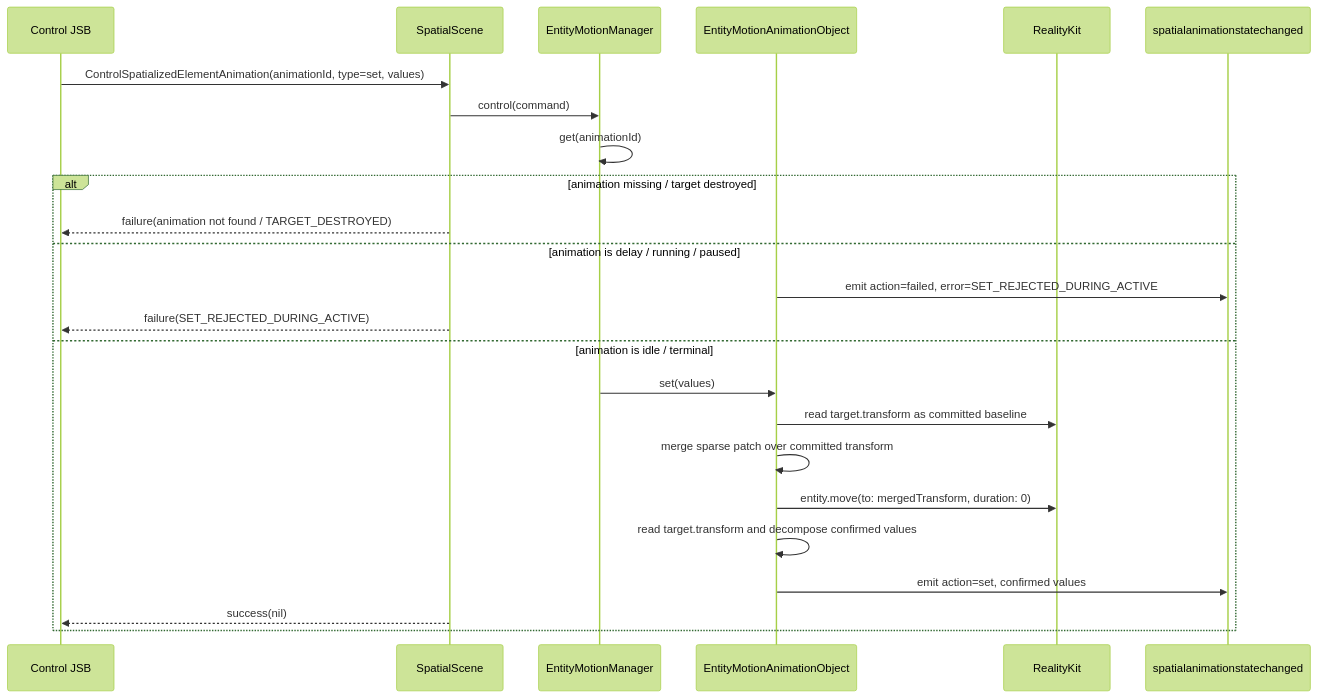
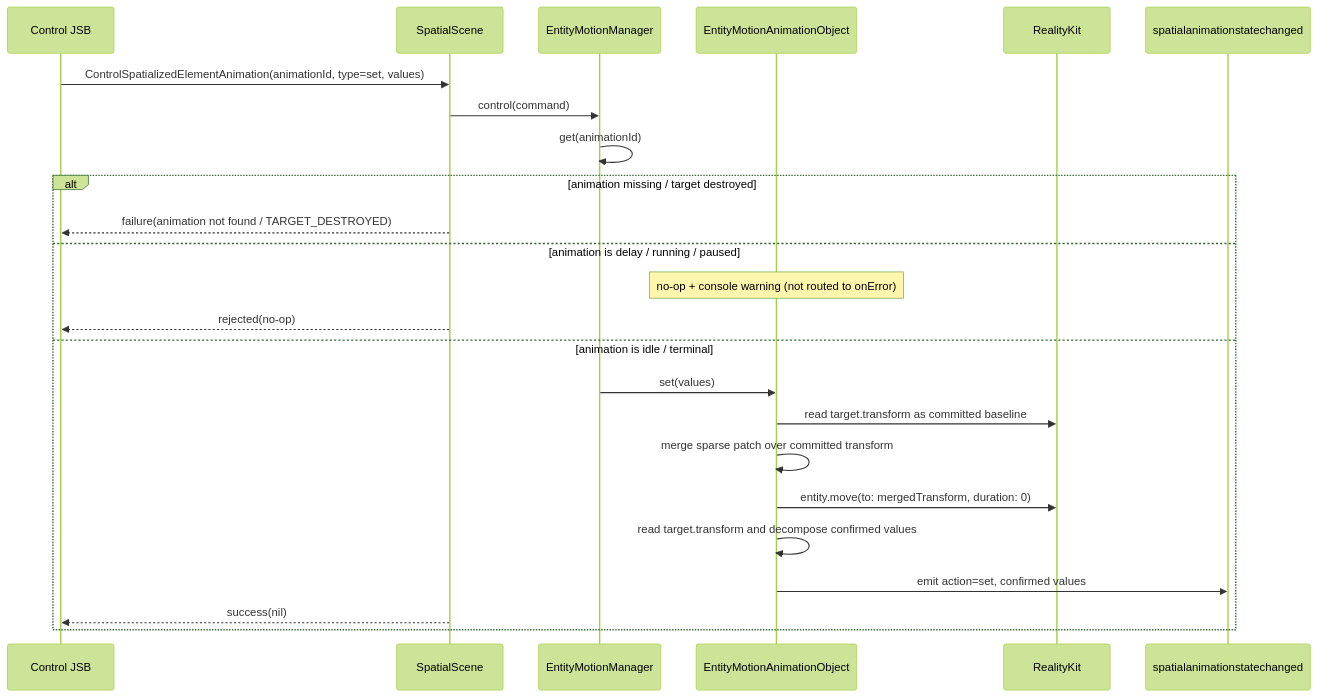
Before and after one commit to webspatial/webspatial-sdk: diagram 11 of 11 in openspec/changes/redesign-entity-motion-api/design.md, drawn with Mermaid (forest theme). The commit also changed other lines of this file and 10 other files, not shown here.

````diff
--- a/openspec/changes/redesign-entity-motion-api/design.md
+++ b/openspec/changes/redesign-entity-motion-api/design.md
@@ -788,27 +786,27 @@
 ```mermaid
 sequenceDiagram
     participant JSB as Control JSB
     participant Scene as SpatialScene
     participant Manager as EntityMotionManager
     participant Obj as EntityMotionAnimationObject
     participant RK as RealityKit
     participant Event as spatialanimationstatechanged
 
     JSB->>Scene: ControlSpatializedElementAnimation(animationId, type=set, values)
     Scene->>Manager: control(command)
     Manager->>Manager: get(animationId)
     alt animation missing / target destroyed
         Scene-->>JSB: failure(animation not found / TARGET_DESTROYED)
     else animation is delay / running / paused
-        Obj->>Event: emit action=failed, error=SET_REJECTED_DURING_ACTIVE
-        Scene-->>JSB: failure(SET_REJECTED_DURING_ACTIVE)
+        Note over Obj: no-op + console warning (not routed to onError)
+        Scene-->>JSB: rejected(no-op)
     else animation is idle / terminal
         Manager->>Obj: set(values)
         Obj->>RK: read target.transform as committed baseline
         Obj->>Obj: merge sparse patch over committed transform
         Obj->>RK: entity.move(to: mergedTransform, duration: 0)
         Obj->>Obj: read target.transform and decompose confirmed values
         Obj->>Event: emit action=set, confirmed values
         Scene-->>JSB: success(nil)
     end
 ```
````
